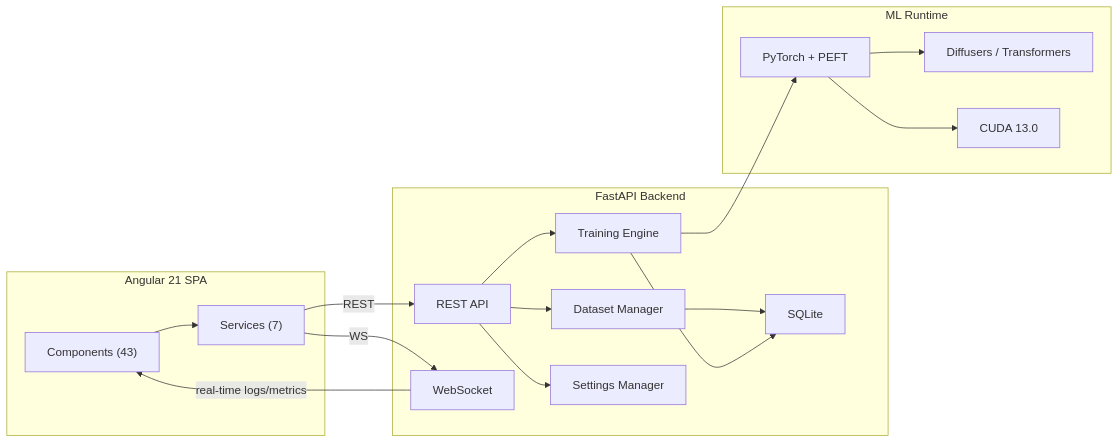
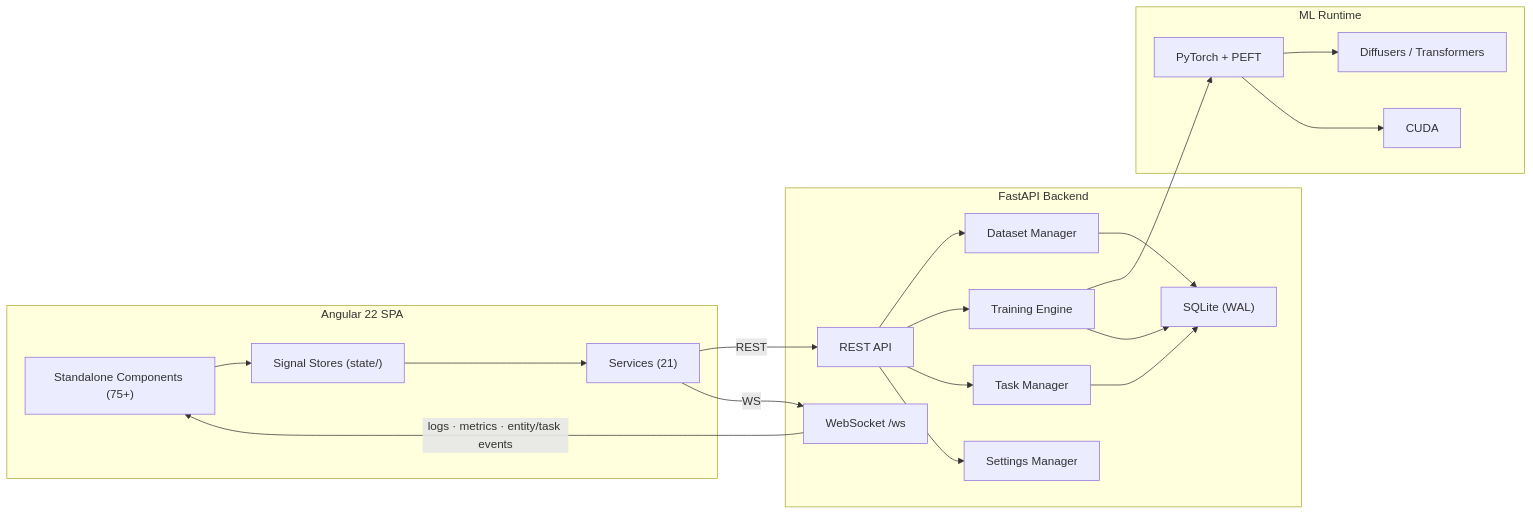
One commit to master-merlin/mrln-arcane-tuner changed the diagram in documentation/ARCHITECTURE.md. Above: the diagram before and after it, drawn with Mermaid. The commit also changed other lines of this file, not shown here.

First line of the commit message:
docs: refresh ARCHITECTURE.md for v0.5.0-alpha

````diff
--- a/documentation/ARCHITECTURE.md
+++ b/documentation/ARCHITECTURE.md
@@ -11,35 +11,40 @@
 ```mermaid
 graph LR
-    subgraph Frontend["Angular 21 SPA"]
-        UI["Components (43)"]
-        SVC["Services (7)"]
+    subgraph Frontend["Angular 22 SPA"]
+        UI["Standalone Components (75+)"]
+        STORES["Signal Stores (state/)"]
+        SVC["Services (21)"]
     end
 
     subgraph Backend["FastAPI Backend"]
         API["REST API"]
-        WS["WebSocket"]
+        WS["WebSocket /ws"]
         ENGINE["Training Engine"]
         DM["Dataset Manager"]
-        DB["SQLite"]
+        TM["Task Manager"]
+        DB["SQLite (WAL)"]
         SM["Settings Manager"]
     end
 
     subgraph ML["ML Runtime"]
         PT["PyTorch + PEFT"]
         HF["Diffusers / Transformers"]
-        CUDA["CUDA 13.0"]
+        CUDA["CUDA"]
     end
 
-    UI --> SVC
+    UI --> STORES
+    STORES --> SVC
     SVC -->|REST| API
     SVC -->|WS| WS
     API --> DM
     API --> ENGINE
+    API --> TM
     API --> SM
     DM --> DB
+    TM --> DB
     ENGINE --> PT
     PT --> HF
     PT --> CUDA
     ENGINE --> DB
-    WS -->|real-time logs/metrics| UI
+    WS -->|logs · metrics · entity/task events| UI
 ```
````
